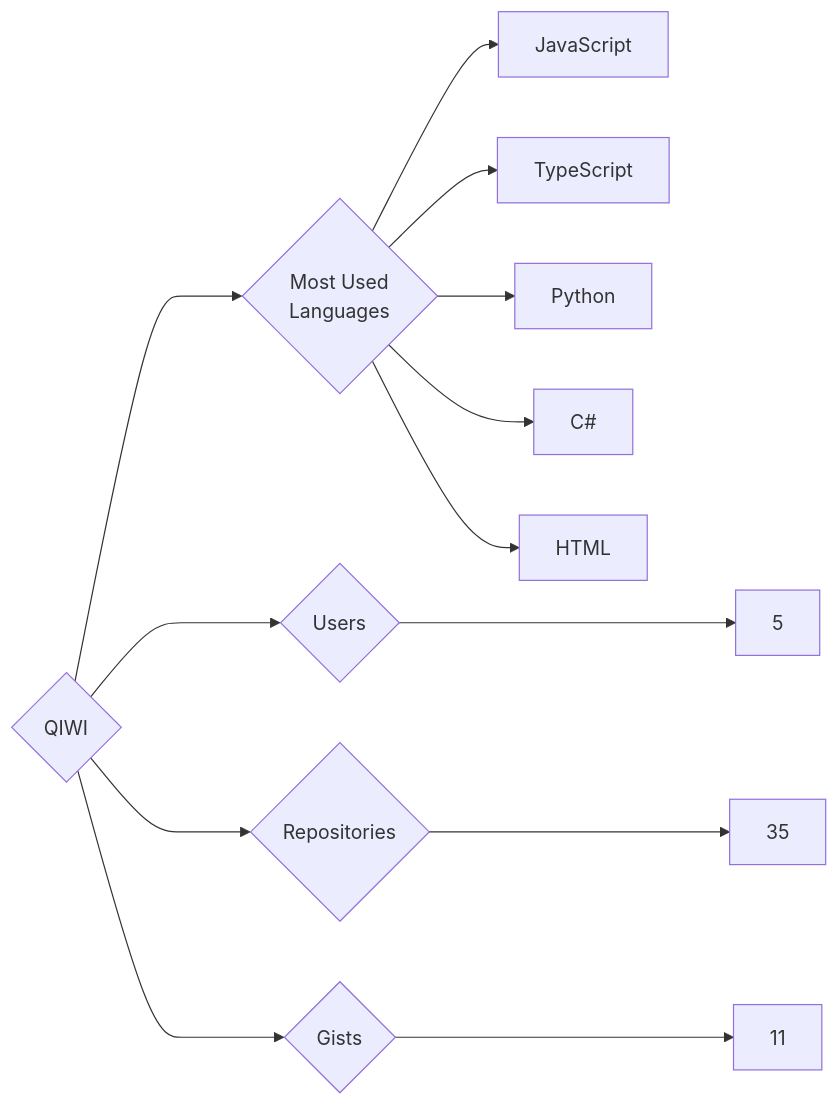
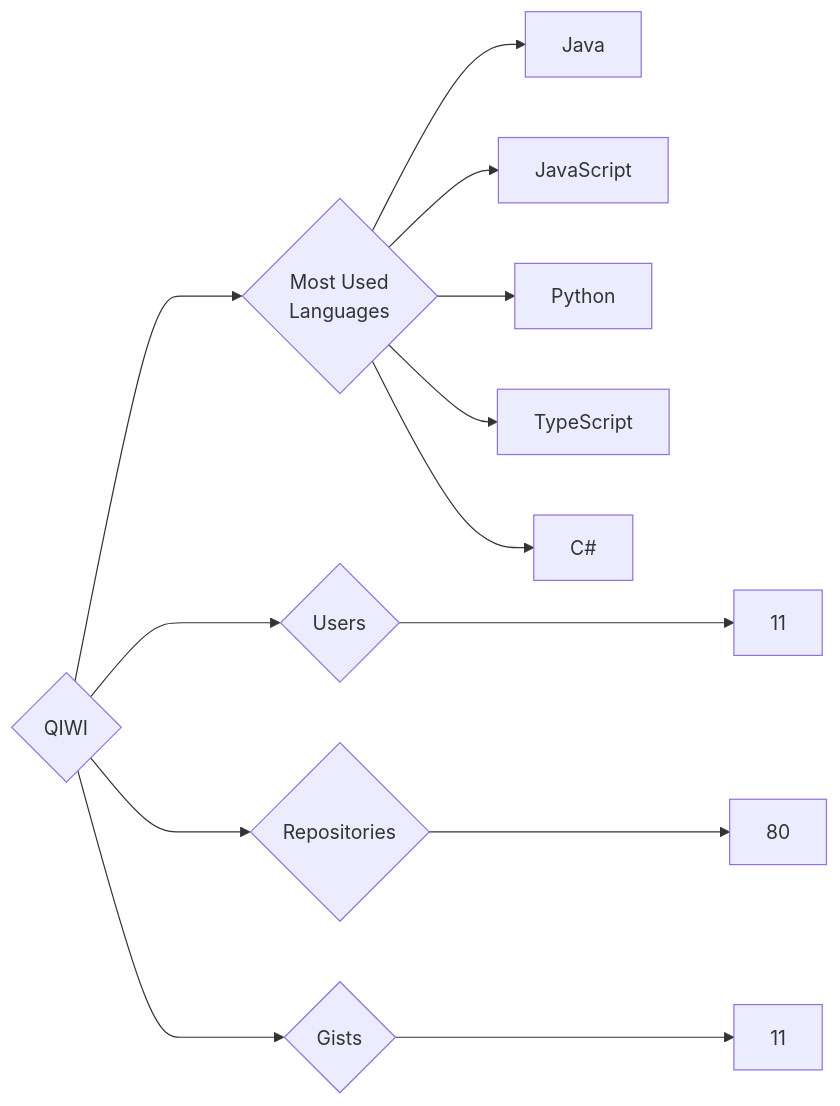
One commit to trickest/insiders changed the diagram in targets/QIWI/README.md. Above: the diagram before and after it, drawn with Mermaid. The commit also changed 770 other files, not shown here.

````diff
--- a/targets/QIWI/README.md
+++ b/targets/QIWI/README.md
@@ -3,13 +3,13 @@
 ```mermaid
 graph LR
 COMPANY_NAME{QIWI}
-COMPANY_NAME ---> U{Users} ---> UN[5]
-COMPANY_NAME ---> R{Repositories} ---> RN[35]
+COMPANY_NAME ---> U{Users} ---> UN[11]
+COMPANY_NAME ---> R{Repositories} ---> RN[80]
 COMPANY_NAME ---> G{Gists} ---> GN[11]
 COMPANY_NAME ---> ML{Most Used<br>Languages}
+ML --> Java[Java]
 ML --> JavaScript[JavaScript]
+ML --> Python[Python]
 ML --> TypeScript[TypeScript]
-ML --> Python[Python]
 ML --> C#[C#]
-ML --> HTML[HTML]
 ```
````
